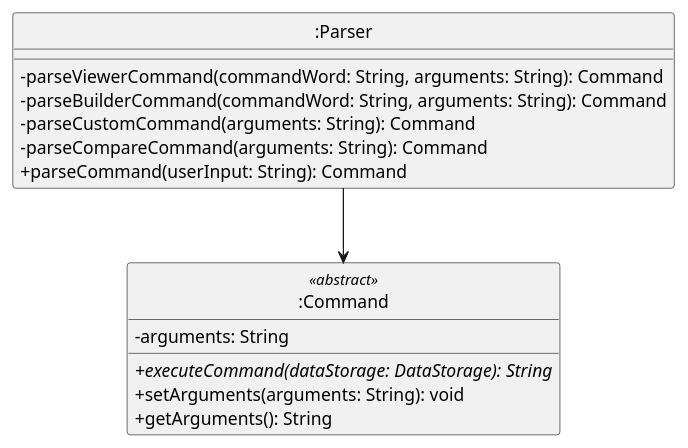
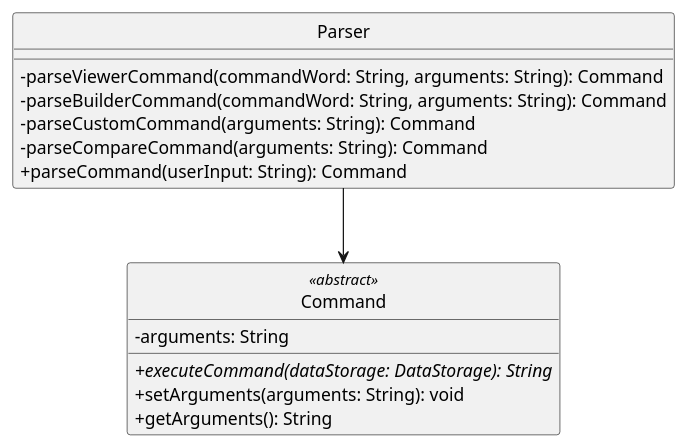
Before and after one commit to typingpanda/tp: the diagram in docs/uml-source/ParserClass.puml, drawn with PlantUML. The commit also changed 6 other files, not shown here.

Commit message:
Fix correctness of diagrams in DG

```diff
--- a/docs/uml-source/ParserClass.puml
+++ b/docs/uml-source/ParserClass.puml
@@ -1,30 +1,30 @@
 @startuml
 skinparam classAttributeIconSize 0
 
-class ":Parser" as Parser
-class ":Command" as Command
+class "Parser" as Parser
+class "Command" as Command
 
 class Parser {
     -parseViewerCommand(commandWord: String, arguments: String): Command
     -parseBuilderCommand(commandWord: String, arguments: String): Command
     -parseCustomCommand(arguments: String): Command
     -parseCompareCommand(arguments: String): Command
     +parseCommand(userInput: String): Command
 }
 
 class Command <<abstract>>{
     - arguments: String
     {abstract} + executeCommand(dataStorage: DataStorage): String
     + setArguments(arguments: String): void
     + getArguments(): String
 }
 
 
 Parser --> Command
 
 hide Parser circle
 hide Command circle
 
 
 
 @enduml
```
